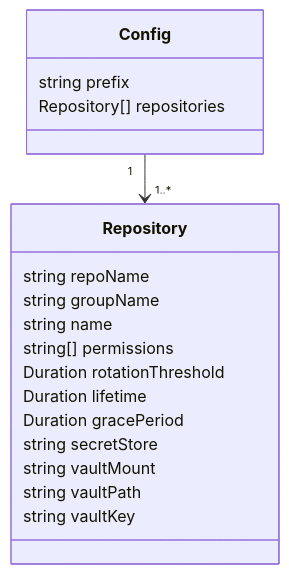
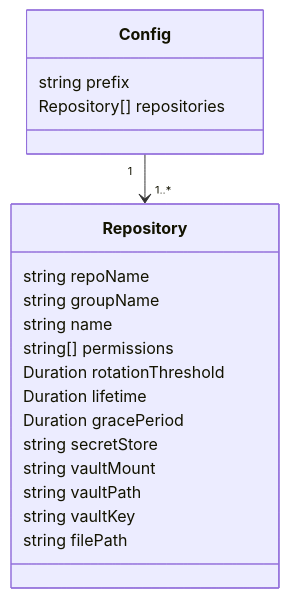
The fourth of 4 diagrams in README.md (Nabsku/token-tumbler), drawn with Mermaid before and after one commit. The commit also changed other lines of this file and 10 other files, not shown here.

````diff
--- a/README.md
+++ b/README.md
@@ -136,23 +137,24 @@
 ```mermaid
 classDiagram
     class Config {
         string prefix
         Repository[] repositories
     }
 
     class Repository {
         string repoName
         string groupName
         string name
         string[] permissions
         Duration rotationThreshold
         Duration lifetime
         Duration gracePeriod
         string secretStore
         string vaultMount
         string vaultPath
         string vaultKey
+        string filePath
     }
 
     Config "1" --> "1..*" Repository
 ```
````
